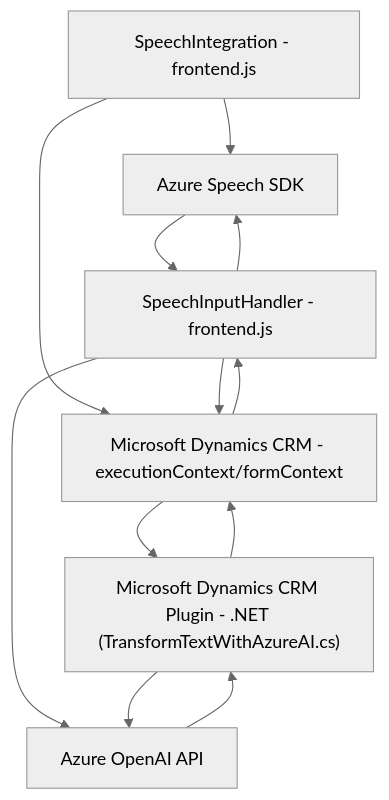
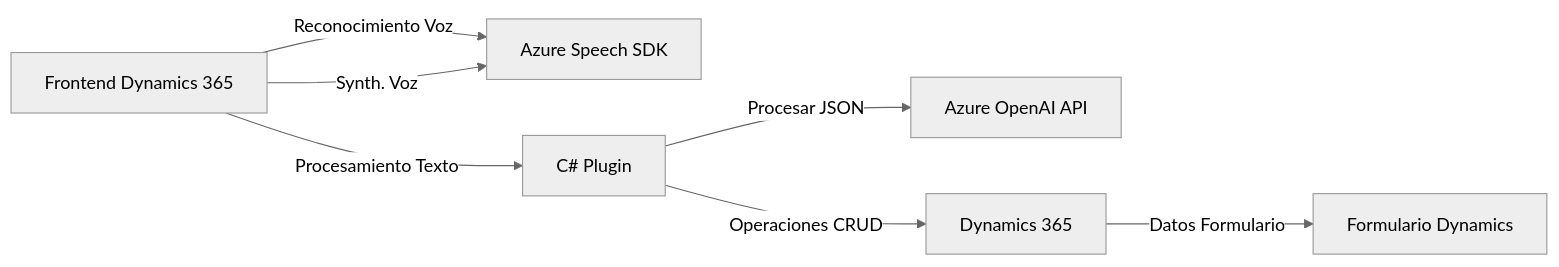
Before and after one commit to blopezdm/NETCORE_BILBAO2025: the diagram in README.md, drawn with Mermaid (neutral theme). The commit also changed other lines of this file, not shown here.

````diff
--- a/README.md
+++ b/README.md
@@ -50,21 +59,16 @@
 ```mermaid
-graph TD
-    A["SpeechIntegration - frontend.js"]
-    B["SpeechInputHandler - frontend.js"]
-    C["Microsoft Dynamics CRM Plugin - .NET (TransformTextWithAzureAI.cs)"]
-    D["Azure Speech SDK"]
-    E["Azure OpenAI API"]
-    F["Microsoft Dynamics CRM - executionContext/formContext"]
+graph LR
+    Client["Frontend Dynamics 365"]
+    FormContext["Formulario Dynamics"]
+    SpeechSDK["Azure Speech SDK"]
+    OpenAI["Azure OpenAI API"]
+    Plugin["C# Plugin"]
+    CRM["Dynamics 365"]
 
-    A --> D
-    A --> F
-    B --> D
-    B --> F
-    B --> E
-    C --> F
-    C --> E
-    D --> B
-    E --> C
-    F --> B
-    F --> C
+    Client -->|Reconocimiento Voz| SpeechSDK
+    Client -->|Synth. Voz| SpeechSDK
+    Client -->|Procesamiento Texto| Plugin
+    Plugin -->|Procesar JSON| OpenAI
+    Plugin -->|Operaciones CRUD| CRM
+    CRM -->|Datos Formulario| FormContext
 ```
````
